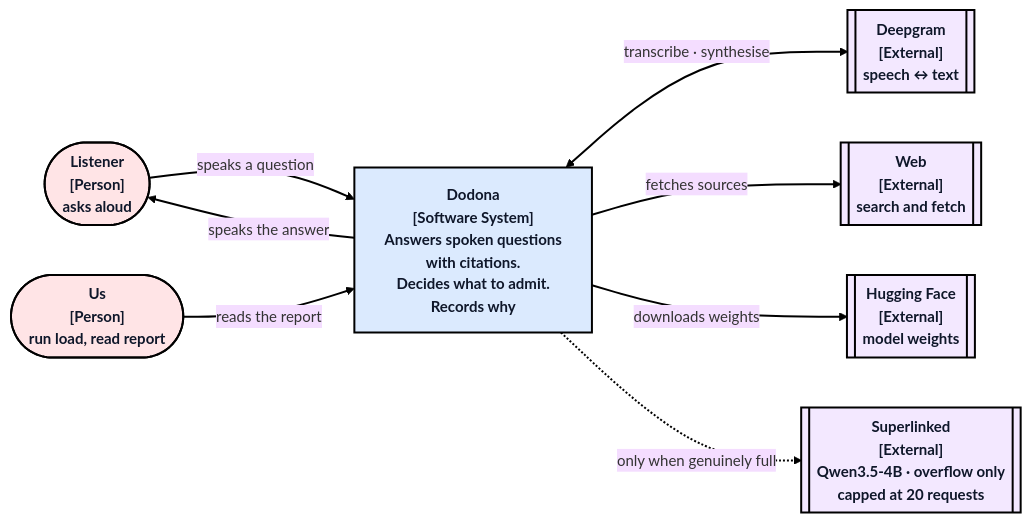
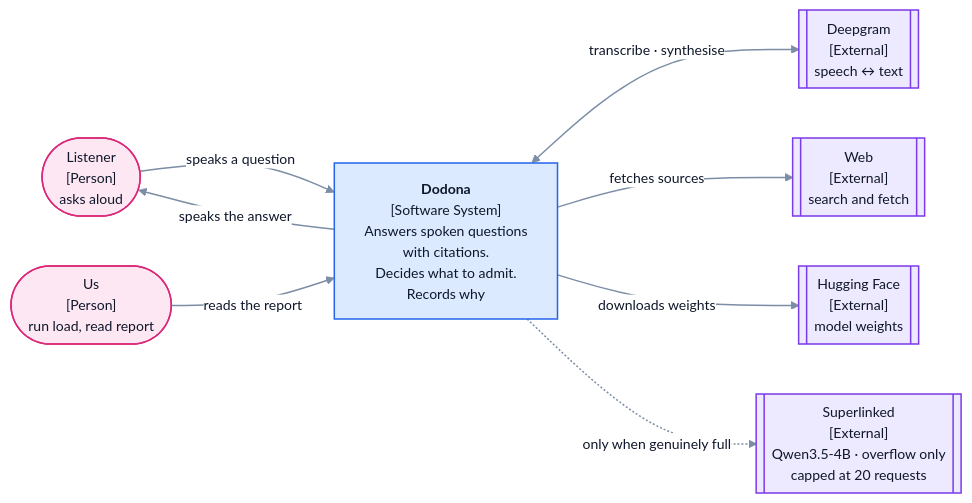
The first of 3 diagrams in PROJECT.md (harshuljain13/Dodona), drawn with Mermaid before and after one commit. The commit also changed other lines of this file and 15 other files, not shown here.

````diff
--- a/PROJECT.md
+++ b/PROJECT.md
@@ -171,29 +171,49 @@
 ```mermaid
-%%{init: {'theme':'base','themeVariables':{'fontFamily':'Inter, Segoe UI, Helvetica Neue, Arial, sans-serif','fontSize':'15px','lineColor':'#000000','clusterBkg':'#ffffff','clusterBorder':'#94a3b8'}}}%%
+%%{init: {'theme':'base','themeVariables':{
+  'fontFamily':'ui-sans-serif, -apple-system, Segoe UI, Inter, Helvetica, Arial, sans-serif','fontSize':'14px',
+  'primaryColor':'#eff6ff','primaryTextColor':'#0f172a','primaryBorderColor':'#94a3b8',
+  'secondaryColor':'#f1f5f9','tertiaryColor':'#f8fafc',
+  'lineColor':'#7c8da6','textColor':'#1e293b',
+  'clusterBkg':'#f8fafc','clusterBorder':'#cbd5e1',
+  'edgeLabelBackground':'#ffffff','nodeBorder':'#94a3b8'
+}}}%%
 flowchart LR
   USER(["Listener<br/>[Person]<br/>asks aloud"])
   OPERATOR(["Us<br/>[Person]<br/>run load, read report"])
 
   SYS["<b>Dodona</b><br/>[Software System]<br/>Answers spoken questions<br/>with citations.<br/>Decides what to admit.<br/>Records why"]
 
   DG[["Deepgram<br/>[External]<br/>speech ↔ text"]]
   WEB[["Web<br/>[External]<br/>search and fetch"]]
   HF[["Hugging Face<br/>[External]<br/>model weights"]]
   OVF[["Superlinked<br/>[External]<br/>Qwen3.5-4B · overflow only<br/>capped at 20 requests"]]
 
   USER -->|"speaks a question"| SYS
   SYS -->|"speaks the answer"| USER
   OPERATOR -->|"reads the report"| SYS
   SYS <-->|"transcribe · synthesise"| DG
   SYS -->|"fetches sources"| WEB
   SYS -->|"downloads weights"| HF
   SYS -.->|"only when genuinely full"| OVF
 
   class USER,OPERATOR input
   class SYS primary
   class DG,WEB,HF,OVF accent
-  classDef primary fill:#dbeafe,stroke:#000000,stroke-width:2px,color:#0f172a,font-weight:bold
-  classDef accent fill:#f3e8ff,stroke:#000000,stroke-width:2px,color:#0f172a,font-weight:bold
-  classDef input fill:#ffe4e6,stroke:#000000,stroke-width:2px,color:#0f172a,font-weight:bold
-  linkStyle default stroke:#000000,stroke-width:2px
+
+    classDef primary   fill:#dbeafe,stroke:#2563eb,stroke-width:1.5px,color:#0f172a
+    classDef secondary fill:#d1fae5,stroke:#059669,stroke-width:1.5px,color:#0f172a
+    classDef accent    fill:#ede9fe,stroke:#7c3aed,stroke-width:1.5px,color:#0f172a
+    classDef decision  fill:#fef9c3,stroke:#ca8a04,stroke-width:1.5px,color:#0f172a
+    classDef gate      fill:#fef9c3,stroke:#ca8a04,stroke-width:1.5px,color:#0f172a
+    classDef data      fill:#ffedd5,stroke:#ea580c,stroke-width:1.5px,color:#0f172a
+    classDef neutral   fill:#f1f5f9,stroke:#64748b,stroke-width:1.5px,color:#0f172a
+    classDef success   fill:#ccfbf1,stroke:#0d9488,stroke-width:1.5px,color:#0f172a
+    classDef out       fill:#ccfbf1,stroke:#0d9488,stroke-width:1.5px,color:#0f172a
+    classDef input     fill:#fce7f3,stroke:#db2777,stroke-width:1.5px,color:#0f172a
+    classDef highlight fill:#e0e7ff,stroke:#4f46e5,stroke-width:1.5px,color:#0f172a
+    classDef pick      fill:#d1fae5,stroke:#059669,stroke-width:1.8px,color:#064e3b
+    classDef alt       fill:#dbeafe,stroke:#2563eb,stroke-width:1.5px,color:#0f172a
+    classDef dead      fill:#fee2e2,stroke:#dc2626,stroke-width:1.5px,color:#7f1d1d
+    classDef note      fill:#ffffff,stroke:#cbd5e1,stroke-width:1px,color:#475569
+    linkStyle default stroke:#7c8da6,stroke-width:1.5px
 ```
````
